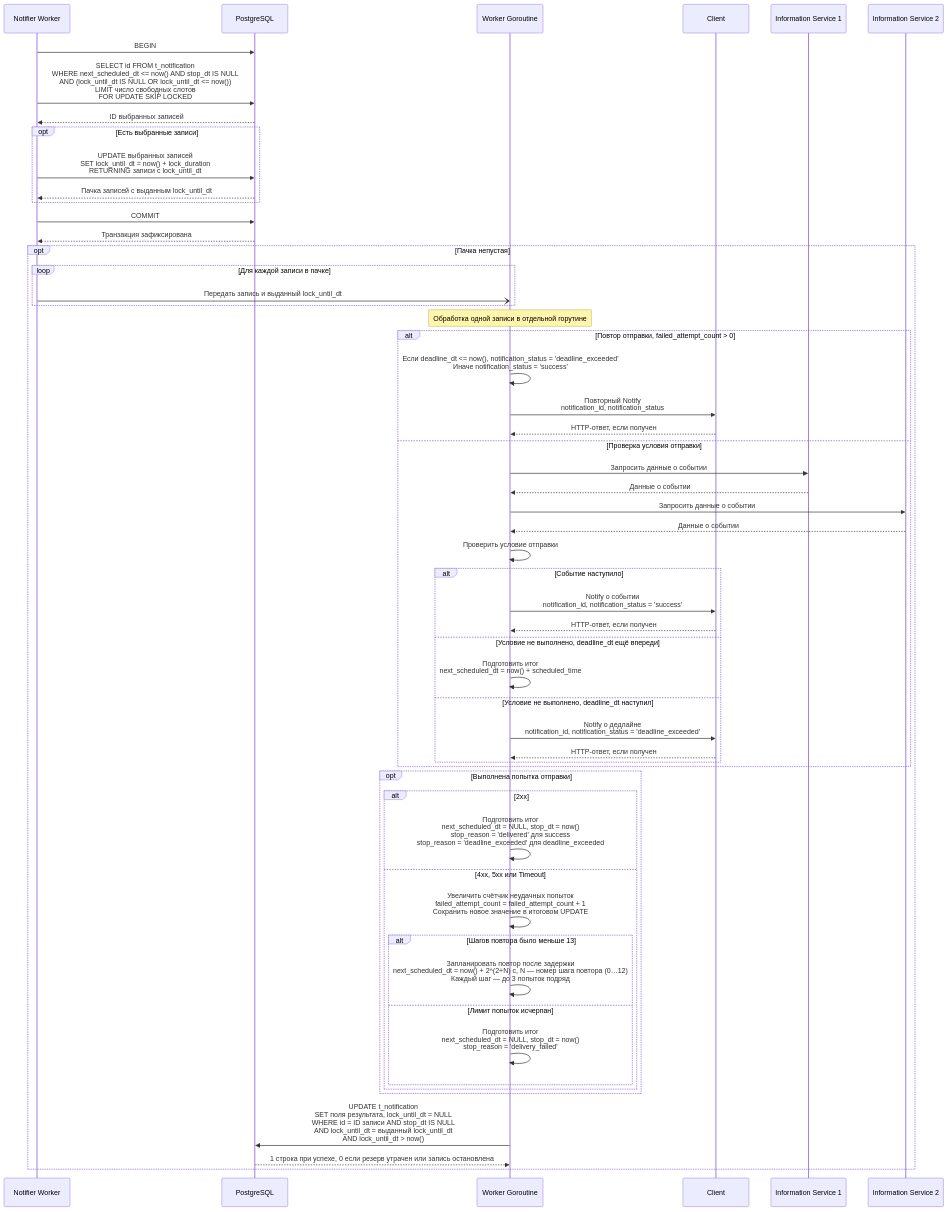
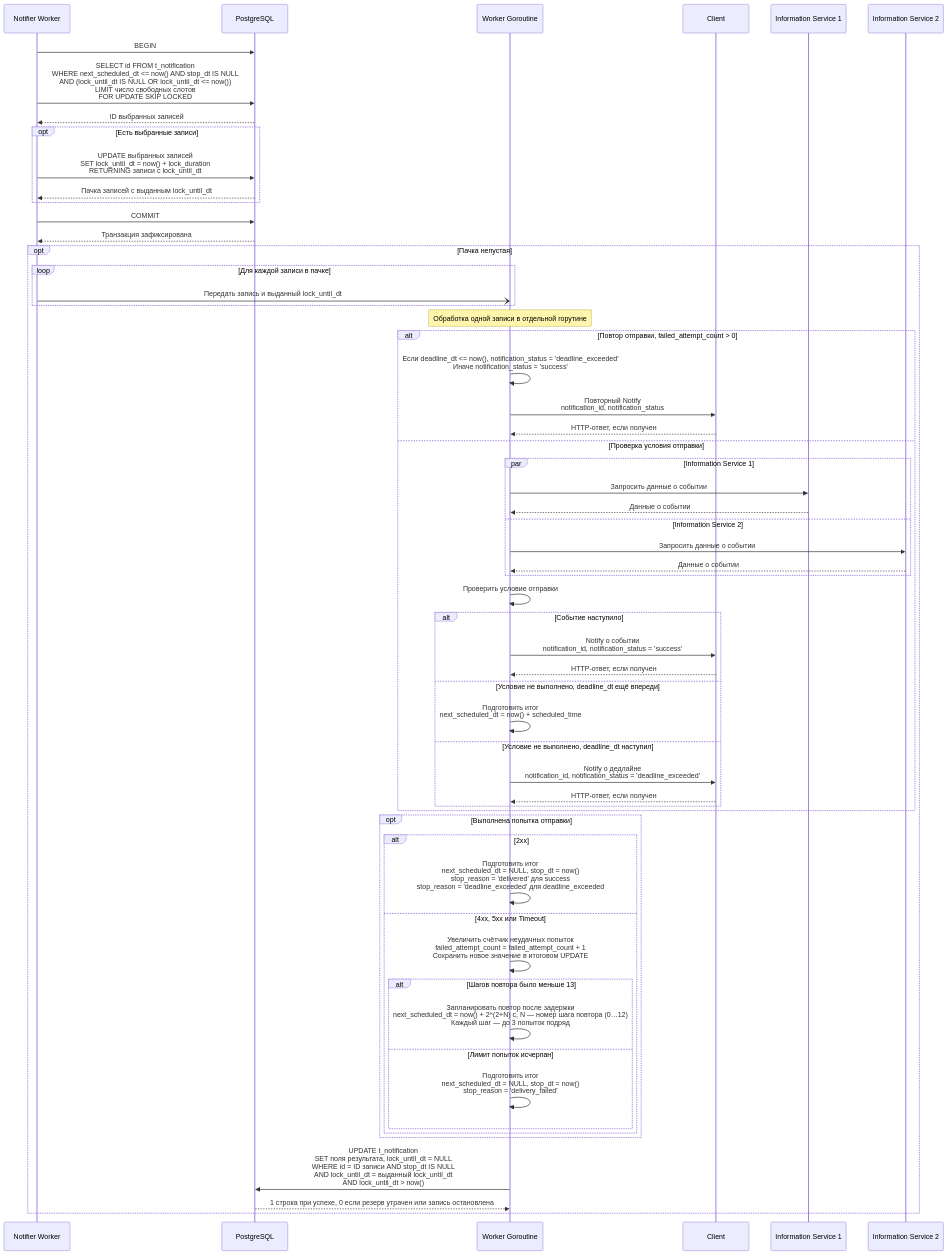
The fifth of 6 diagrams in README.md (ssunshineguy/notifier), drawn with Mermaid before and after one commit. The commit also changed 8 other files, not shown here.

````diff
--- a/README.md
+++ b/README.md
@@ -138,64 +138,67 @@
 ```mermaid
 sequenceDiagram
     participant W as Notifier Worker
     participant DB as PostgreSQL
     participant G as Worker Goroutine
     participant C as Client
     participant I1 as Information Service 1
     participant I2 as Information Service 2
 
     W->>DB: BEGIN
     W->>DB: SELECT id FROM t_notification<br/>WHERE next_scheduled_dt <= now() AND stop_dt IS NULL<br/>AND (lock_until_dt IS NULL OR lock_until_dt <= now())<br/>LIMIT число свободных слотов<br/>FOR UPDATE SKIP LOCKED
     DB-->>W: ID выбранных записей
     opt Есть выбранные записи
         W->>DB: UPDATE выбранных записей<br/>SET lock_until_dt = now() + lock_duration<br/>RETURNING записи с lock_until_dt
         DB-->>W: Пачка записей с выданным lock_until_dt
     end
     W->>DB: COMMIT
     DB-->>W: Транзакция зафиксирована
 
     opt Пачка непустая
         loop Для каждой записи в пачке
             W-)G: Передать запись и выданный lock_until_dt
         end
 
         Note over G: Обработка одной записи в отдельной горутине
         alt Повтор отправки, failed_attempt_count > 0
             G->>G: Если deadline_dt <= now(), notification_status = 'deadline_exceeded'<br/>Иначе notification_status = 'success'
             G->>C: Повторный Notify<br/>notification_id, notification_status
             C-->>G: HTTP-ответ, если получен
         else Проверка условия отправки
-            G->>I1: Запросить данные о событии
-            I1-->>G: Данные о событии
-            G->>I2: Запросить данные о событии
-            I2-->>G: Данные о событии
+            par Information Service 1
+                G->>I1: Запросить данные о событии
+                I1-->>G: Данные о событии
+            and Information Service 2
+                G->>I2: Запросить данные о событии
+                I2-->>G: Данные о событии
+            end
             G->>G: Проверить условие отправки
 
             alt Событие наступило
                 G->>C: Notify о событии<br/>notification_id, notification_status = 'success'
                 C-->>G: HTTP-ответ, если получен
             else Условие не выполнено, deadline_dt ещё впереди
                 G->>G: Подготовить итог<br/>next_scheduled_dt = now() + scheduled_time
             else Условие не выполнено, deadline_dt наступил
                 G->>C: Notify о дедлайне<br/>notification_id, notification_status = 'deadline_exceeded'
                 C-->>G: HTTP-ответ, если получен
             end
         end
 
         opt Выполнена попытка отправки
             alt 2xx
                 G->>G: Подготовить итог<br/>next_scheduled_dt = NULL, stop_dt = now()<br/>stop_reason = 'delivered' для success<br/>stop_reason = 'deadline_exceeded' для deadline_exceeded
             else 4xx, 5xx или Timeout
                 G->>G: Увеличить счётчик неудачных попыток<br/>failed_attempt_count = failed_attempt_count + 1<br/>Сохранить новое значение в итоговом UPDATE
                 alt Шагов повтора было меньше 13
                     G->>G: Запланировать повтор после задержки<br/>next_scheduled_dt = now() + 2^(2+N) с, N — номер шага повтора (0…12)<br/>Каждый шаг — до 3 попыток подряд
                 else Лимит попыток исчерпан
                     G->>G: Подготовить итог<br/>next_scheduled_dt = NULL, stop_dt = now()<br/>stop_reason = 'delivery_failed'
                 end
             end
         end
 
         G->>DB: UPDATE t_notification<br/>SET поля результата, lock_until_dt = NULL<br/>WHERE id = ID записи AND stop_dt IS NULL<br/>AND lock_until_dt = выданный lock_until_dt<br/>AND lock_until_dt > now()
         DB-->>G: 1 строка при успехе, 0 если резерв утрачен или запись остановлена
     end
 ```
````
